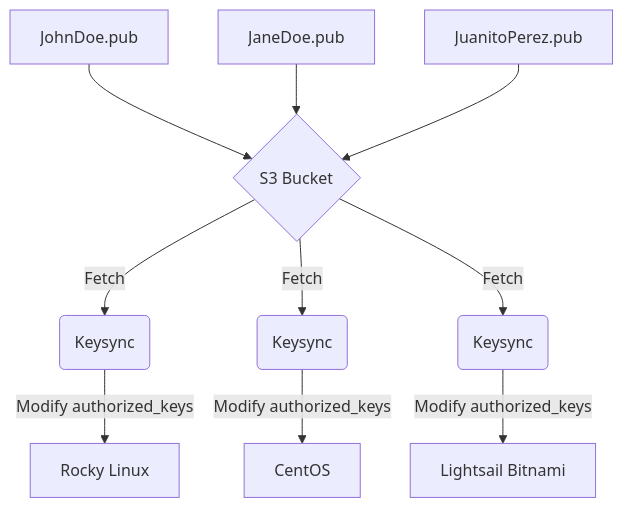
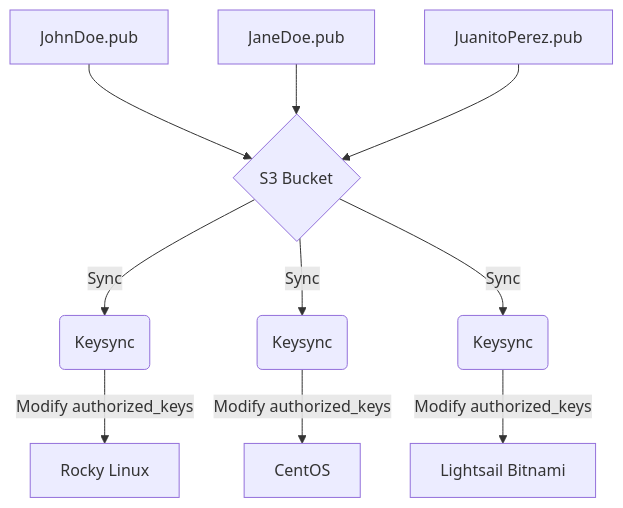
One commit to RazgrizXhunter/keysync changed the diagram in README.md. Above: the diagram before and after it, drawn with Mermaid. The commit also changed other lines of this file, not shown here.

````diff
--- a/README.md
+++ b/README.md
@@ -25,12 +25,12 @@
 ```mermaid
 graph TD
 A[JohnDoe.pub] --> D;
 B[JaneDoe.pub] --> D;
 C[JuanitoPerez.pub] --> D;
-D{S3 Bucket} -- Fetch --> E;
-D{S3 Bucket} -- Fetch --> F;
-D{S3 Bucket} -- Fetch --> G;
+D{S3 Bucket} -- Sync --> E;
+D{S3 Bucket} -- Sync --> F;
+D{S3 Bucket} -- Sync --> G;
 E(Keysync) -- Modify authorized_keys --> E1[Rocky Linux];
 F(Keysync) -- Modify authorized_keys --> F1[CentOS];
 G(Keysync) -- Modify authorized_keys --> G1[Lightsail Bitnami];
 ```
````
